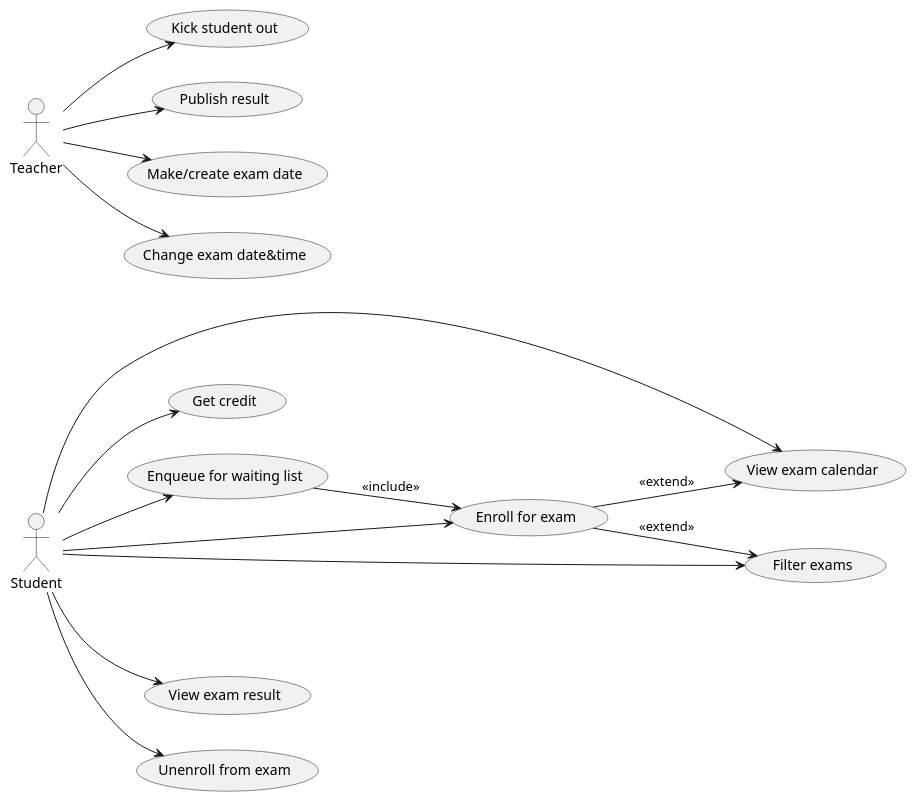
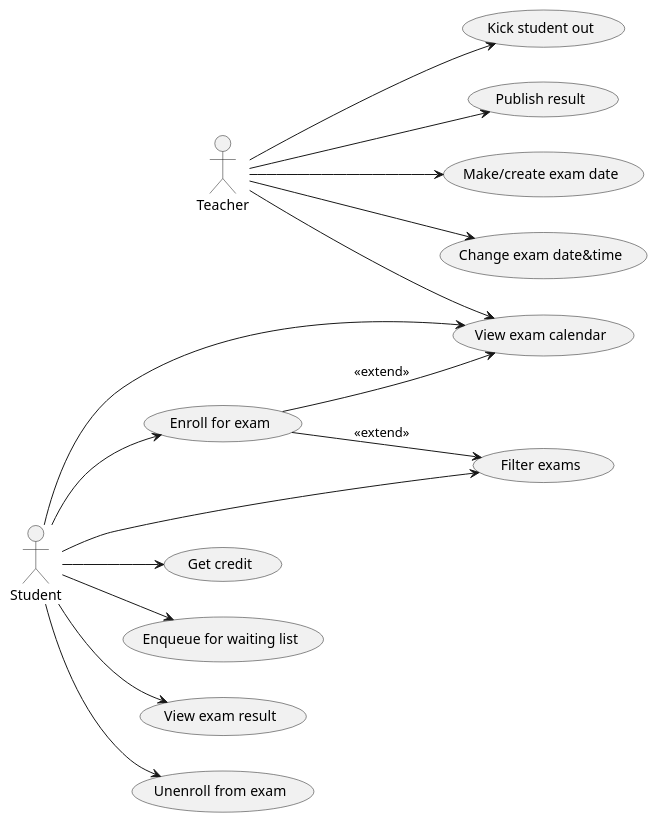
Before and after one commit to Fundeluk/nswi041-exams: the first of 2 diagrams in seminar-work.md, drawn with PlantUML. The commit also changed other lines of this file and 4 other files, not shown here.

Commit message:
fix uml diagrams

````diff
--- a/seminar-work.md
+++ b/seminar-work.md
@@ -47,36 +47,35 @@
 ```plantuml
 @startuml UseCases
 left to right direction
 actor Student as s
 actor Teacher as t
 usecase "Enroll for exam" as SI
 usecase "Get credit" as GC1
 usecase "Enqueue for waiting list" as QWL1
 usecase "View exam calendar" as VEC1
 usecase "Filter exams" as FE1
 usecase "View exam result" as VER1
 usecase "Unenroll from exam" as SO1
 usecase "Kick student out" as KSO1
 usecase "Publish result" as PR
 usecase "Make/create exam date" as MED
 usecase "Change exam date&time" as CED
  
 s --> GC1
 s --> QWL1
 s --> VEC1
 s --> FE1
 s --> VER1
 s --> SO1
 s --> SI
 
-QWL1 --> SI : <<include>>
 SI --> VEC1 : <<extend>>
 SI --> FE1 : <<extend>>
 
 t --> KSO1
 t --> PR
 t --> MED
 t --> CED
+t --> VEC1
 @enduml
-
 ```
````
